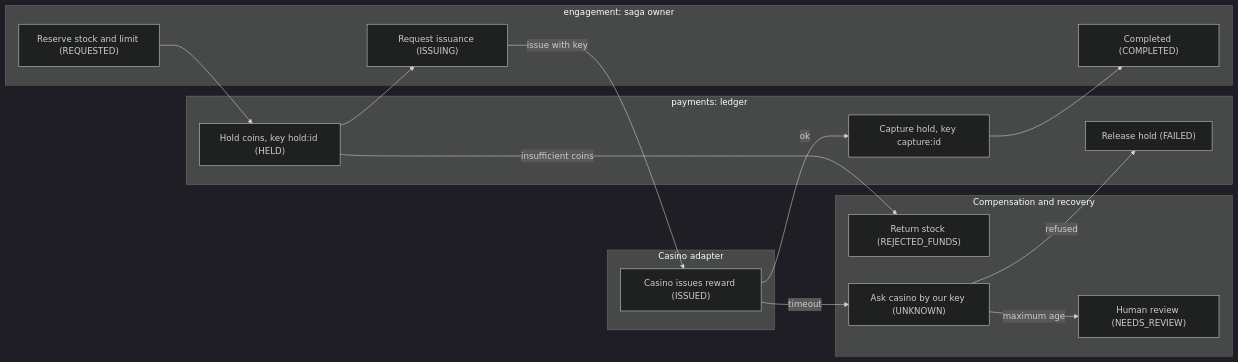
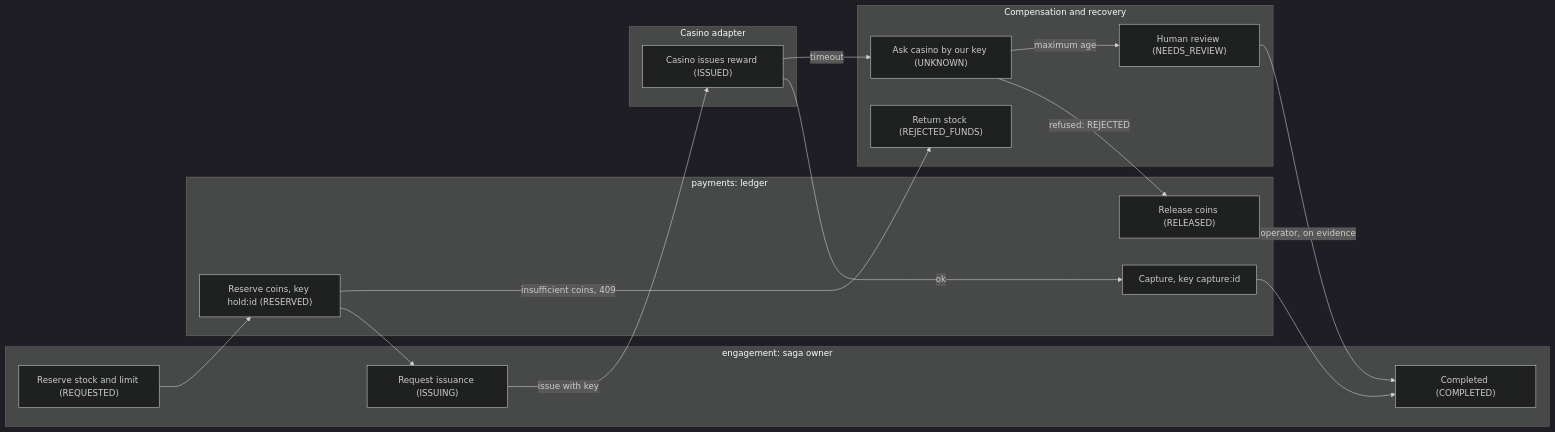
Before and after one commit to maxml/ex-mio-games: the third of 5 diagrams in docs/architecture/README.md, drawn with Mermaid (dark theme). The commit also changed other lines of this file and 26 other files, not shown here.

First line of the commit message:
docs: reconcile architecture, ADRs, Part C/D/E and README with the integrated code

````diff
--- a/docs/architecture/README.md
+++ b/docs/architecture/README.md
@@ -90,27 +93,28 @@
 ```mermaid
 flowchart LR
   subgraph eng [engagement: saga owner]
     reserve["Reserve stock and limit (REQUESTED)"]
     request["Request issuance (ISSUING)"]
     completed["Completed (COMPLETED)"]
   end
   subgraph pay [payments: ledger]
-    hold["Hold coins, key hold:id (HELD)"]
-    capture["Capture hold, key capture:id"]
-    release["Release hold (FAILED)"]
+    hold["Reserve coins, key hold:id (RESERVED)"]
+    capture["Capture, key capture:id"]
+    release["Release coins (RELEASED)"]
   end
   subgraph cas [Casino adapter]
     issue["Casino issues reward (ISSUED)"]
   end
   subgraph rec [Compensation and recovery]
     nofunds["Return stock (REJECTED_FUNDS)"]
     unknown["Ask casino by our key (UNKNOWN)"]
     review["Human review (NEEDS_REVIEW)"]
   end
 
   reserve --> hold --> request -->|issue with key| issue -->|ok| capture --> completed
-  hold -->|insufficient coins| nofunds
+  hold -->|insufficient coins, 409| nofunds
   issue -->|timeout| unknown
-  unknown -->|refused| release
+  unknown -->|refused: REJECTED| release
   unknown -->|maximum age| review
+  review -->|operator, on evidence| completed
 ```
````
